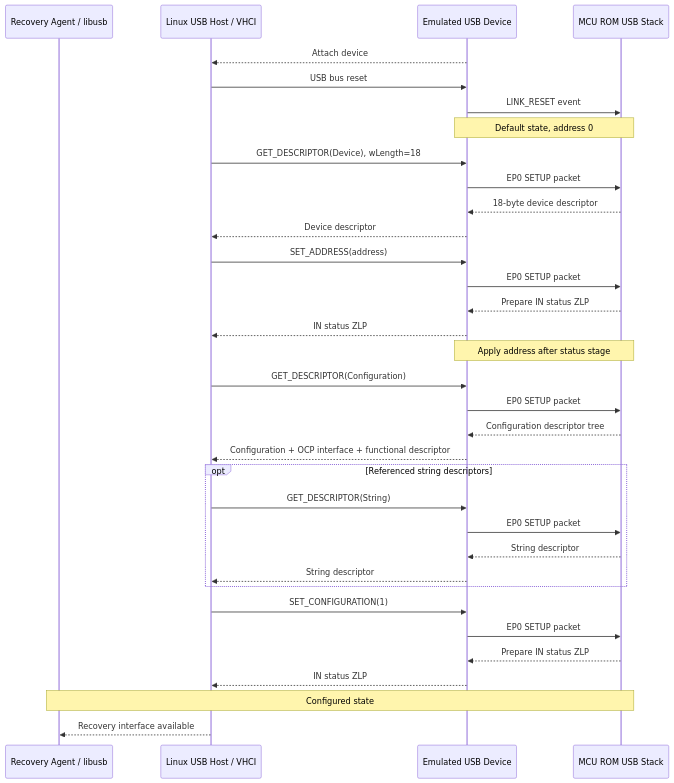
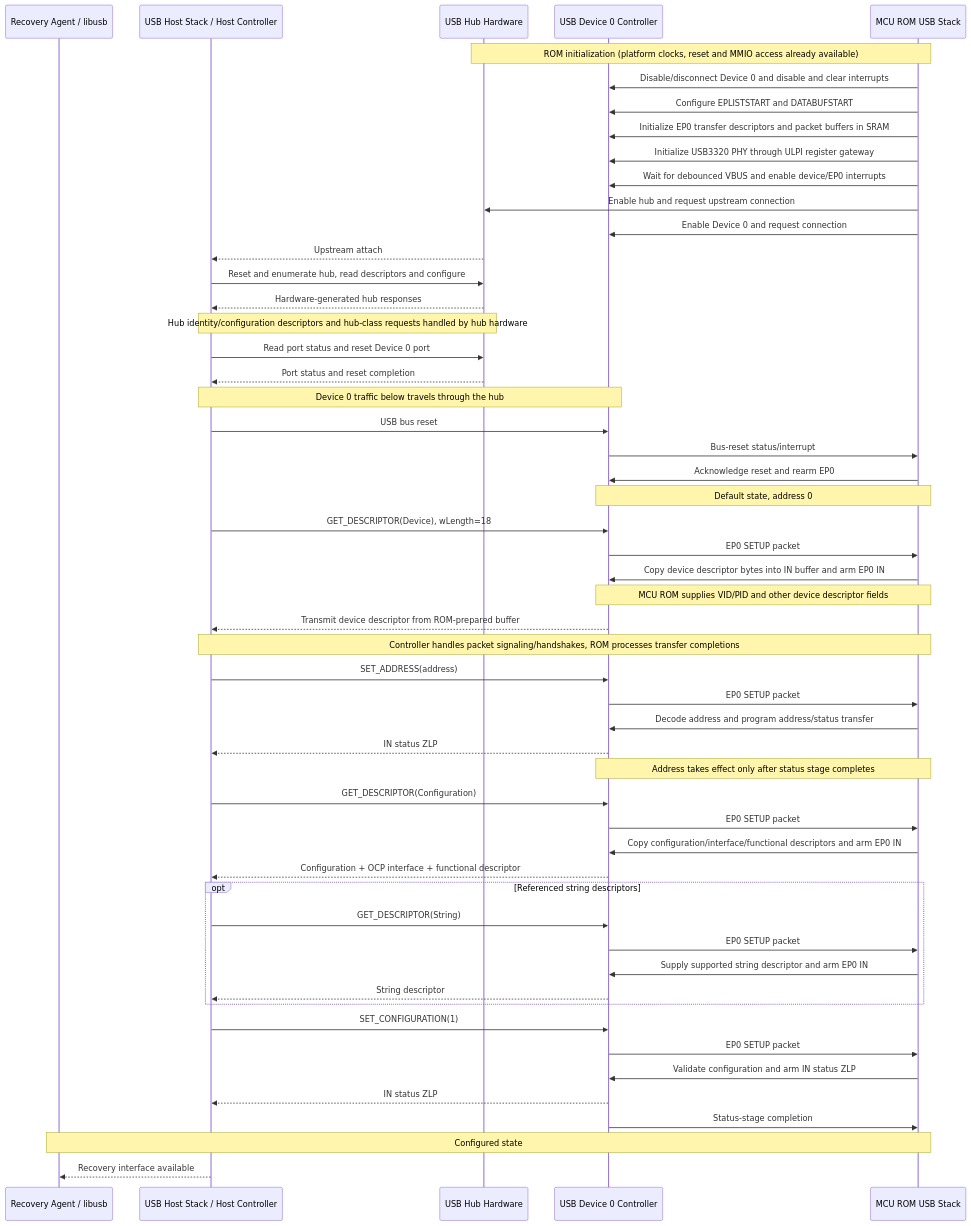
One commit to chipsalliance/caliptra-mcu-sw changed the first of 7 diagrams in docs/src/usb_recovery_emulation.md. Above: the diagram before and after it, drawn with Mermaid. The commit also changed other lines of this file, not shown here.

````diff
--- a/docs/src/usb_recovery_emulation.md
+++ b/docs/src/usb_recovery_emulation.md
@@ -67,42 +70,62 @@
 ```mermaid
 sequenceDiagram
     participant RA as Recovery Agent / libusb
-    participant Host as Linux USB Host / VHCI
-    participant Dev as Emulated USB Device
+    participant Host as USB Host Stack / Host Controller
+    participant Hub as USB Hub Hardware
+    participant Dev as USB Device 0 Controller
     participant FW as MCU ROM USB Stack
 
-    Dev-->>Host: Attach device
+    Note over Hub,FW: ROM initialization (platform clocks, reset and MMIO access already available)
+    FW->>Dev: Disable/disconnect Device 0 and disable and clear interrupts
+    FW->>Dev: Configure EPLISTSTART and DATABUFSTART
+    FW->>Dev: Initialize EP0 transfer descriptors and packet buffers in SRAM
+    FW->>Dev: Initialize USB3320 PHY through ULPI register gateway
+    FW->>Dev: Wait for debounced VBUS and enable device/EP0 interrupts
+    FW->>Hub: Enable hub and request upstream connection
+    FW->>Dev: Enable Device 0 and request connection
+
+    Hub-->>Host: Upstream attach
+    Host->>Hub: Reset and enumerate hub, read descriptors and configure
+    Hub-->>Host: Hardware-generated hub responses
+    Note over Host,Hub: Hub identity/configuration descriptors and hub-class requests handled by hub hardware
+    Host->>Hub: Read port status and reset Device 0 port
+    Hub-->>Host: Port status and reset completion
+    Note over Host,Dev: Device 0 traffic below travels through the hub
     Host->>Dev: USB bus reset
-    Dev->>FW: LINK_RESET event
+    Dev->>FW: Bus-reset status/interrupt
+    FW->>Dev: Acknowledge reset and rearm EP0
     Note over Dev,FW: Default state, address 0
 
     Host->>Dev: GET_DESCRIPTOR(Device), wLength=18
     Dev->>FW: EP0 SETUP packet
-    FW-->>Dev: 18-byte device descriptor
-    Dev-->>Host: Device descriptor
+    FW->>Dev: Copy device descriptor bytes into IN buffer and arm EP0 IN
+    Note over Dev,FW: MCU ROM supplies VID/PID and other device descriptor fields
+    Dev-->>Host: Transmit device descriptor from ROM-prepared buffer
+    Note over Host,FW: Controller handles packet signaling/handshakes, ROM processes transfer completions
 
     Host->>Dev: SET_ADDRESS(address)
     Dev->>FW: EP0 SETUP packet
-    FW-->>Dev: Prepare IN status ZLP
+    FW->>Dev: Decode address and program address/status transfer
     Dev-->>Host: IN status ZLP
-    Note over Dev,FW: Apply address after status stage
+    Note over Dev,FW: Address takes effect only after status stage completes
 
     Host->>Dev: GET_DESCRIPTOR(Configuration)
     Dev->>FW: EP0 SETUP packet
-    FW-->>Dev: Configuration descriptor tree
+    FW->>Dev: Copy configuration/interface/functional descriptors and arm EP0 IN
     Dev-->>Host: Configuration + OCP interface + functional descriptor
 
     opt Referenced string descriptors
         Host->>Dev: GET_DESCRIPTOR(String)
         Dev->>FW: EP0 SETUP packet
-        FW-->>Dev: String descriptor
+        FW->>Dev: Supply supported string descriptor and arm EP0 IN
         Dev-->>Host: String descriptor
     end
 
     Host->>Dev: SET_CONFIGURATION(1)
     Dev->>FW: EP0 SETUP packet
-    FW-->>Dev: Prepare IN status ZLP
+    FW->>Dev: Validate configuration and arm IN status ZLP
     Dev-->>Host: IN status ZLP
+    Dev->>FW: Status-stage completion
     Note over RA,FW: Configured state
     Host-->>RA: Recovery interface available
 ```
````
